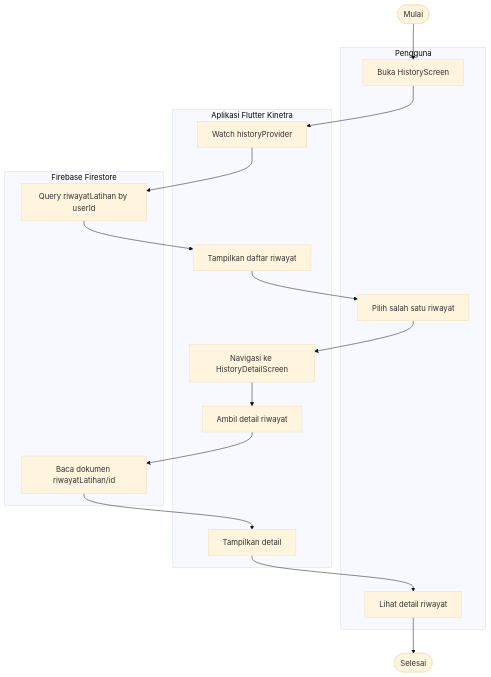
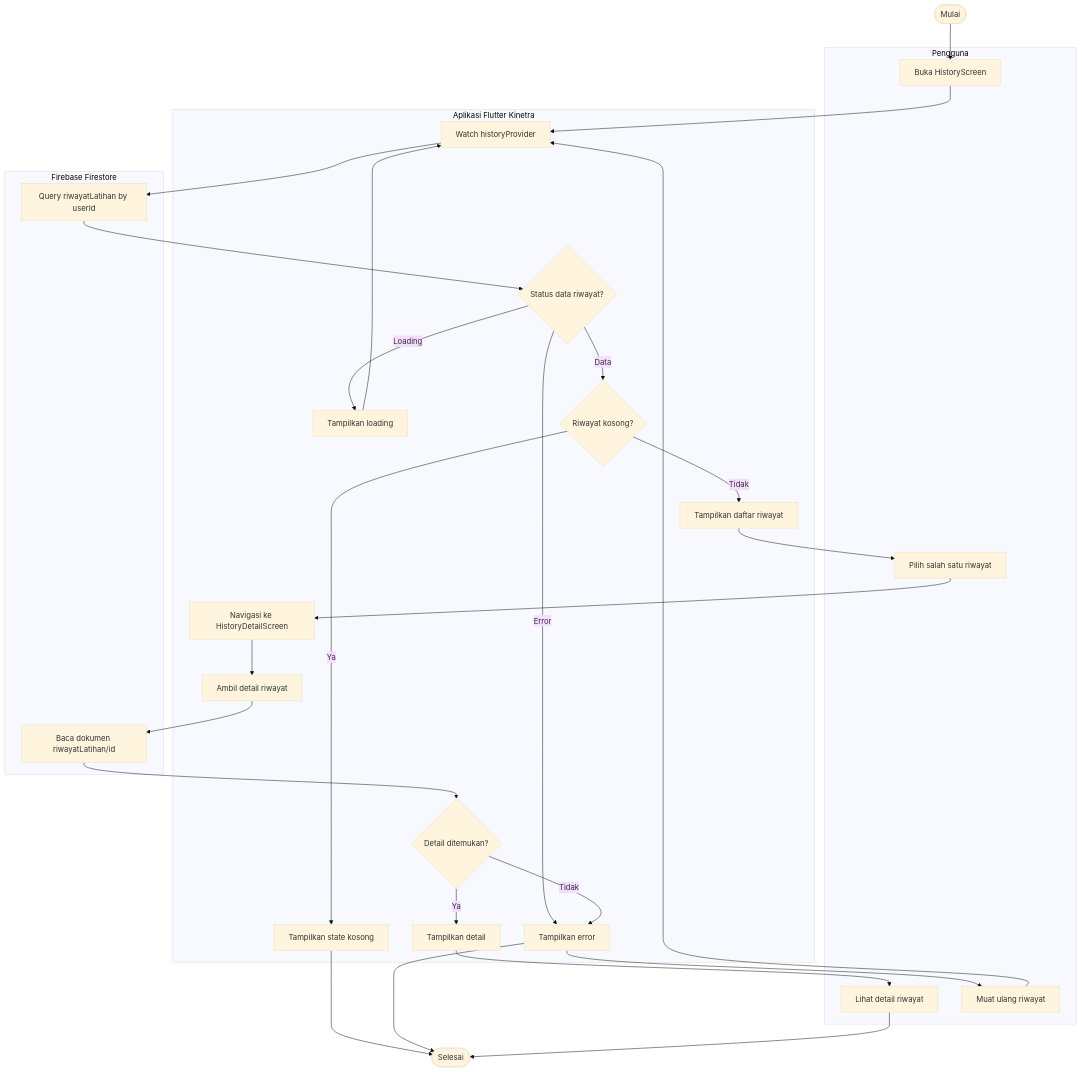
Diagram 12 of 26 in docs/uml.md (arifrachmatdx/Kinetra), drawn with Mermaid (base theme) before and after one commit. The commit also changed other lines of this file and 1 other file, not shown here.

Commit message:
docs: add detailed UML decisions and alternatives

````diff
--- a/docs/uml.md
+++ b/docs/uml.md
@@ -355,22 +474,36 @@
 ```mermaid
 flowchart TD
     Start([Mulai])
     subgraph User["Pengguna"]
         OpenHistory[Buka HistoryScreen]
         SelectHistory[Pilih salah satu riwayat]
         ViewDetail[Lihat detail riwayat]
+        RetryLoad[Muat ulang riwayat]
     end
     subgraph App["Aplikasi Flutter Kinetra"]
         WatchHistory[Watch historyProvider]
+        HistoryState{Status data riwayat?}
+        RenderLoading[Tampilkan loading]
         RenderHistory[Tampilkan daftar riwayat]
+        HistoryEmpty{Riwayat kosong?}
+        RenderEmpty[Tampilkan state kosong]
         NavigateDetail[Navigasi ke HistoryDetailScreen]
         LoadHistoryDetail[Ambil detail riwayat]
+        DetailFound{Detail ditemukan?}
         RenderDetail[Tampilkan detail]
+        ShowError[Tampilkan error]
     end
     subgraph DB["Firebase Firestore"]
         QueryHistory[Query riwayatLatihan by userId]
         ReadHistoryDoc[Baca dokumen riwayatLatihan/id]
     end
 
-    Start --> OpenHistory --> WatchHistory --> QueryHistory --> RenderHistory --> SelectHistory --> NavigateDetail --> LoadHistoryDetail --> ReadHistoryDoc --> RenderDetail --> ViewDetail --> End([Selesai])
+    Start --> OpenHistory --> WatchHistory --> QueryHistory --> HistoryState
+    HistoryState -->|Loading| RenderLoading --> WatchHistory
+    HistoryState -->|Error| ShowError --> RetryLoad --> WatchHistory
+    HistoryState -->|Data| HistoryEmpty
+    HistoryEmpty -->|Ya| RenderEmpty --> End([Selesai])
+    HistoryEmpty -->|Tidak| RenderHistory --> SelectHistory --> NavigateDetail --> LoadHistoryDetail --> ReadHistoryDoc --> DetailFound
+    DetailFound -->|Tidak| ShowError --> End
+    DetailFound -->|Ya| RenderDetail --> ViewDetail --> End
 ```
````
